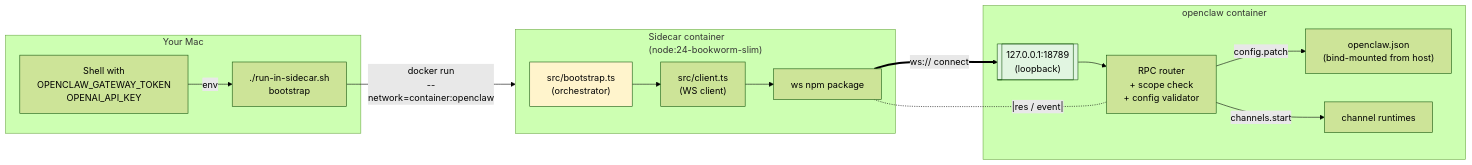
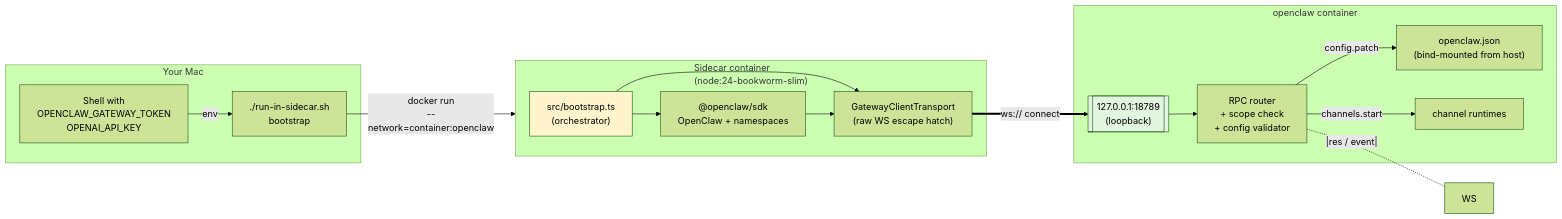
Before and after one commit to RajendraVenkata/openclawideas: the first of 13 diagrams in bootstrap/ARCHITECTURE.md, drawn with Mermaid (forest theme). The commit also changed other lines of this file and 10 other files, not shown here.

````diff
--- a/bootstrap/ARCHITECTURE.md
+++ b/bootstrap/ARCHITECTURE.md
@@ -32,32 +57,34 @@
 ```mermaid
 flowchart LR
     subgraph HOST["Your Mac"]
         SH["Shell with<br/>OPENCLAW_GATEWAY_TOKEN<br/>OPENAI_API_KEY"]
         BS["./run-in-sidecar.sh<br/>bootstrap"]
     end
 
     subgraph SIDE["Sidecar container<br/>(node:24-bookworm-slim)"]
         BSTS["src/bootstrap.ts<br/>(orchestrator)"]
-        CL["src/client.ts<br/>(WS client)"]
-        WS["ws npm package"]
+        SDK["@openclaw/sdk<br/>OpenClaw + namespaces"]
+        TRANS["GatewayClientTransport<br/>(raw WS escape hatch)"]
     end
 
     subgraph GW["openclaw container"]
         GWNET[["127.0.0.1:18789<br/>(loopback)"]]
         ROUTER["RPC router<br/>+ scope check<br/>+ config validator"]
         STATE["openclaw.json<br/>(bind-mounted from host)"]
         CHN["channel runtimes"]
     end
 
     SH -->|env| BS
     BS -->|docker run<br/>--network=container:openclaw| SIDE
-    BSTS --> CL --> WS
-    WS ==>|ws:// connect| GWNET
+    BSTS --> SDK
+    BSTS --> TRANS
+    SDK --> TRANS
+    TRANS ==>|ws:// connect| GWNET
     GWNET --> ROUTER
     ROUTER -->|config.patch| STATE
     ROUTER -->|channels.start| CHN
     ROUTER -.|res / event|.- WS
 
     style GWNET fill:#e1f5e1
     style BSTS fill:#fff4cc
 ```
````
